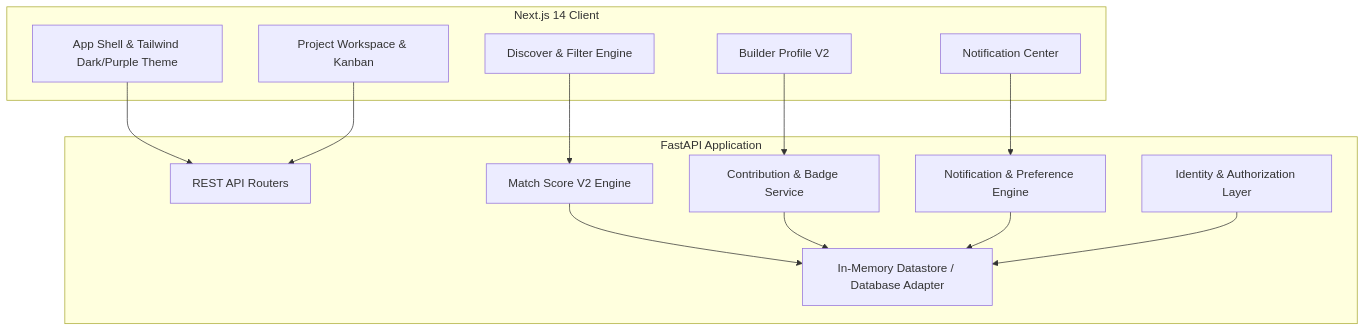
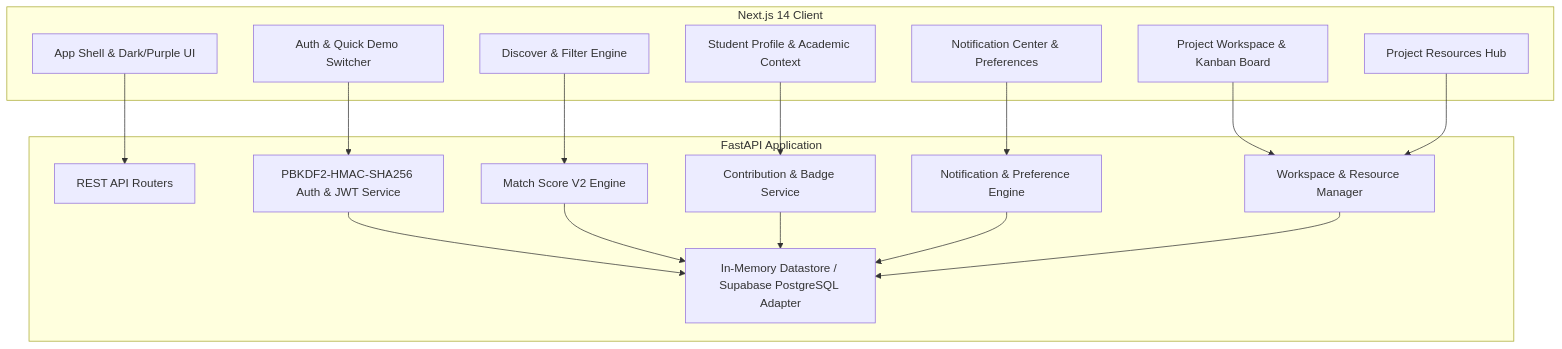
Before and after one commit to Kevin101107/Nexora: the diagram in README.md, drawn with Mermaid. The commit also changed other lines of this file and 62 other files, not shown here.

````diff
--- a/README.md
+++ b/README.md
@@ -19,29 +19,35 @@
 ```mermaid
 graph TD
     subgraph Frontend [Next.js 14 Client]
-        UI[App Shell & Tailwind Dark/Purple Theme]
+        UI[App Shell & Dark/Purple UI]
+        AuthUI[Auth & Quick Demo Switcher]
         Disc[Discover & Filter Engine]
-        Prof[Builder Profile V2]
-        Work[Project Workspace & Kanban]
-        Inbox[Notification Center]
+        Prof[Student Profile & Academic Context]
+        Work[Project Workspace & Kanban Board]
+        ResHub[Project Resources Hub]
+        Inbox[Notification Center & Preferences]
     end
 
     subgraph Backend [FastAPI Application]
         Router[REST API Routers]
+        AuthSvc[PBKDF2-HMAC-SHA256 Auth & JWT Service]
         MatchSvc[Match Score V2 Engine]
         ContribSvc[Contribution & Badge Service]
         NotifSvc[Notification & Preference Engine]
-        AuthStore[Identity & Authorization Layer]
-        DataStore[In-Memory Datastore / Database Adapter]
+        WorkSvc[Workspace & Resource Manager]
+        DataStore[In-Memory Datastore / Supabase PostgreSQL Adapter]
     end
 
     UI --> Router
+    AuthUI --> AuthSvc
     Disc --> MatchSvc
     Prof --> ContribSvc
-    Work --> Router
+    Work --> WorkSvc
+    ResHub --> WorkSvc
     Inbox --> NotifSvc
+    AuthSvc --> DataStore
     MatchSvc --> DataStore
     ContribSvc --> DataStore
     NotifSvc --> DataStore
-    AuthStore --> DataStore
+    WorkSvc --> DataStore
 ```
````
